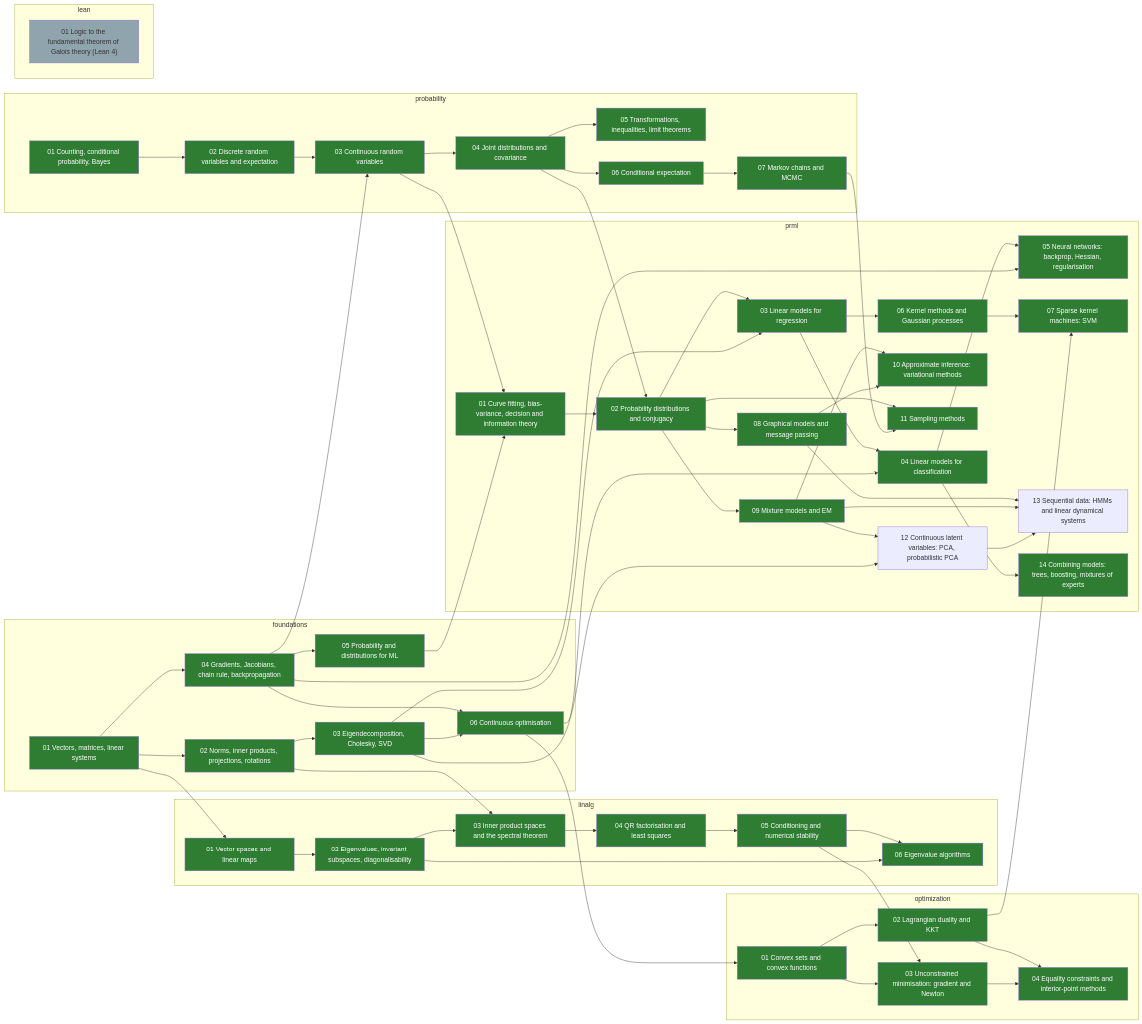
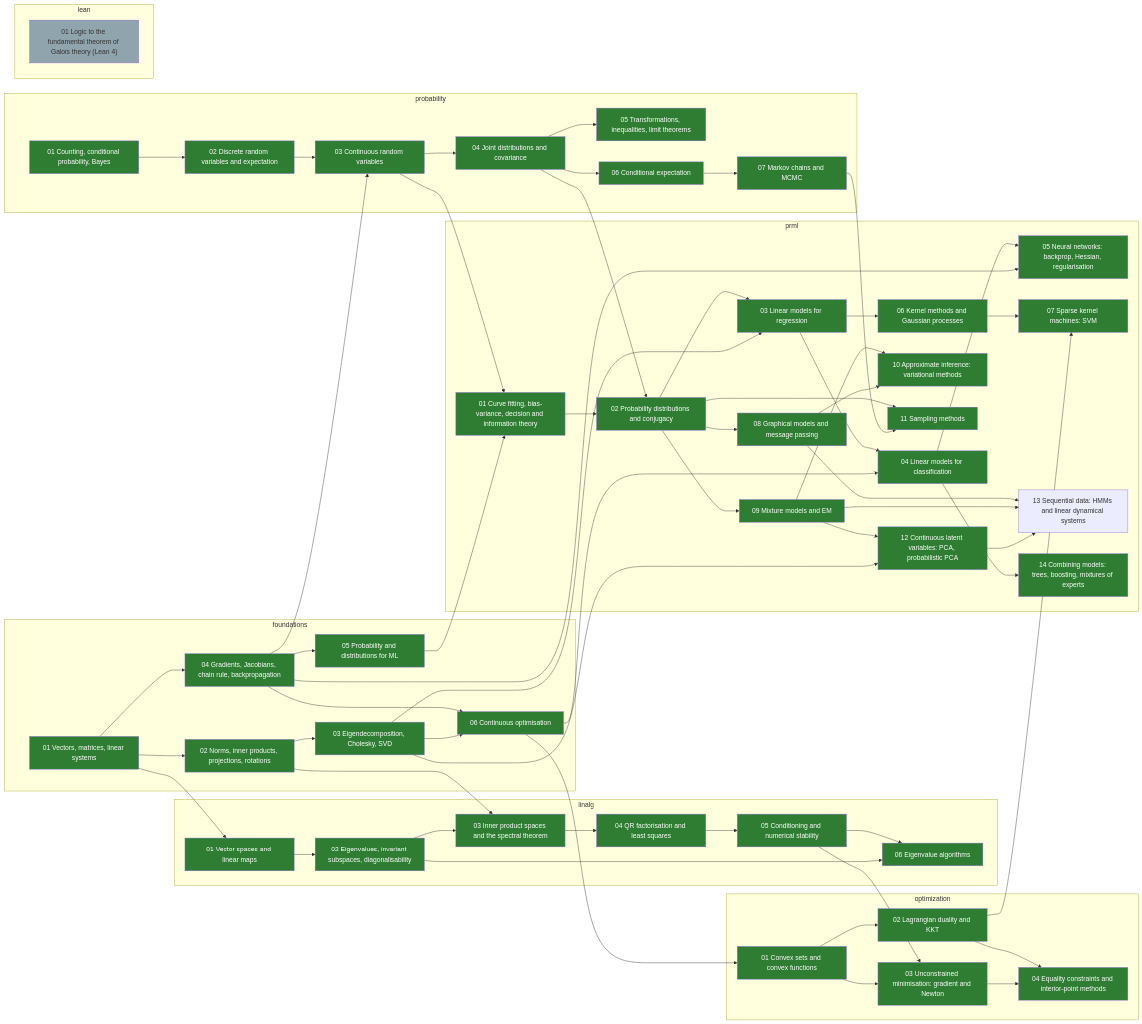
One commit to alektebel/learn-stuff-from-scratch changed the diagram in skill-tree/README.md. Above: the diagram before and after it, drawn with Mermaid. The commit also changed other lines of this file and 8 other files, not shown here.

First line of the commit message:
math: build prml-12-latent-continuous

```diff
--- a/skill-tree/README.md
+++ b/skill-tree/README.md
@@ -112,7 +112,7 @@
     prml-09-mixtures-em["09 Mixture models and EM"]:::done
     prml-10-variational-inference["10 Approximate inference: variational methods"]:::done
     prml-11-sampling["11 Sampling methods"]:::done
-    prml-12-latent-continuous["12 Continuous latent variables: PCA, probabilistic PCA"]
+    prml-12-latent-continuous["12 Continuous latent variables: PCA, probabilistic PCA"]:::done
     prml-13-sequential["13 Sequential data: HMMs and linear dynamical systems"]
     prml-14-combining-models["14 Combining models: trees, boosting, mixtures of experts"]:::done
   end
```
